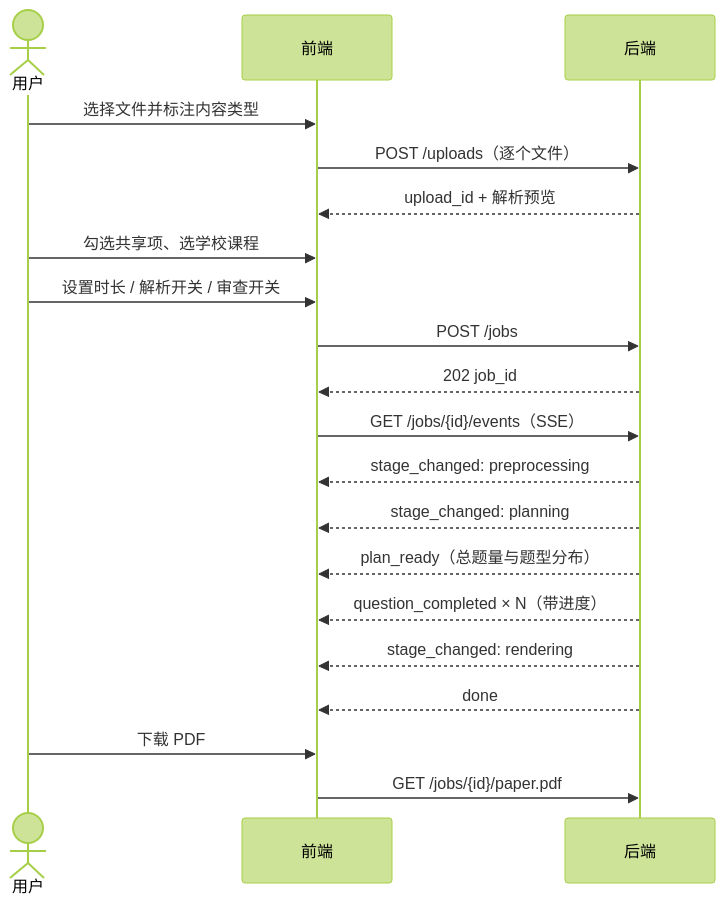
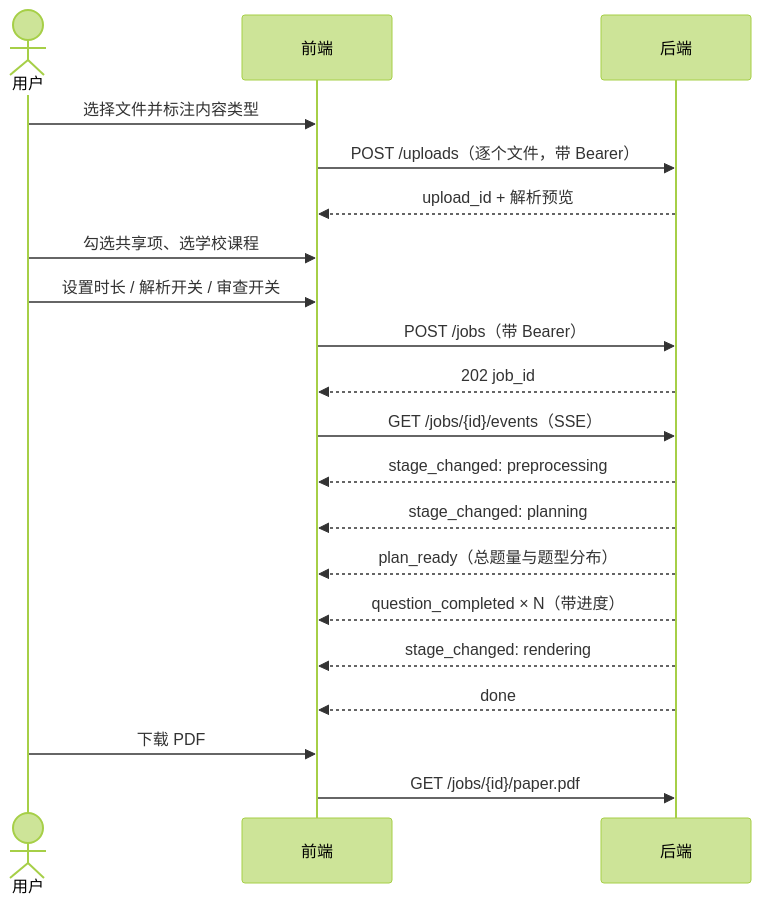
The second of 3 diagrams in docs/prd.md (pykelysia/knowledge2exam), drawn with Mermaid (forest theme) before and after one commit. The commit also changed other lines of this file and 6 other files, not shown here.

````diff
--- a/docs/prd.md
+++ b/docs/prd.md
@@ -176,23 +223,23 @@
 ```mermaid
 sequenceDiagram
     actor U as 用户
     participant F as 前端
     participant B as 后端
 
     U->>F: 选择文件并标注内容类型
-    F->>B: POST /uploads（逐个文件）
+    F->>B: POST /uploads（逐个文件，带 Bearer）
     B-->>F: upload_id + 解析预览
     U->>F: 勾选共享项、选学校课程
     U->>F: 设置时长 / 解析开关 / 审查开关
-    F->>B: POST /jobs
+    F->>B: POST /jobs（带 Bearer）
     B-->>F: 202 job_id
     F->>B: GET /jobs/{id}/events（SSE）
     B-->>F: stage_changed: preprocessing
     B-->>F: stage_changed: planning
     B-->>F: plan_ready（总题量与题型分布）
     B-->>F: question_completed × N（带进度）
     B-->>F: stage_changed: rendering
     B-->>F: done
     U->>F: 下载 PDF
     F->>B: GET /jobs/{id}/paper.pdf
 ```
````
